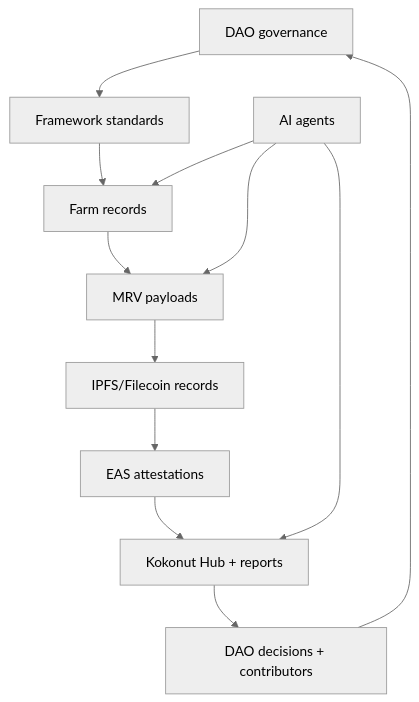
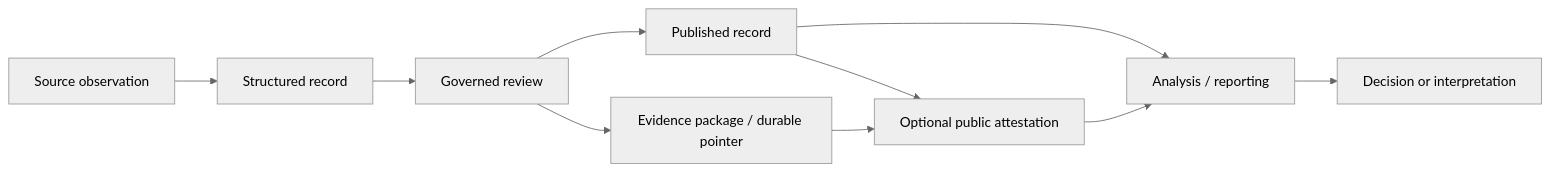
The second of 3 diagrams in build-with-kokonut.mdx (wasalo/Kokonut-Public-Site), drawn with Mermaid (neutral theme) before and after one commit. The commit also changed other lines of this file, not shown here.

Commit message:
docs(builders): rebuild Build with Kokonut around canonical contracts

````diff
--- a/build-with-kokonut.mdx
+++ b/build-with-kokonut.mdx
@@ -42,15 +278,12 @@
 ```mermaid
-flowchart TD
-    A["DAO governance"] --> B["Framework standards"]
-    B --> C["Farm records"]
-    C --> D["MRV payloads"]
-    D --> E["IPFS/Filecoin records"]
-    E --> F["EAS attestations"]
-    F --> G["Kokonut Hub + reports"]
-    G --> H["DAO decisions + contributors"]
-    H --> A
-
-    I["AI agents"] --> C
-    I --> D
-    I --> G
+flowchart LR
+    A["Source observation"] --> B["Structured record"]
+    B --> C["Governed review"]
+    C --> D["Published record"]
+    C --> E["Evidence package / durable pointer"]
+    D --> F["Optional public attestation"]
+    E --> F
+    D --> G["Analysis / reporting"]
+    F --> G
+    G --> H["Decision or interpretation"]
 ```
````
